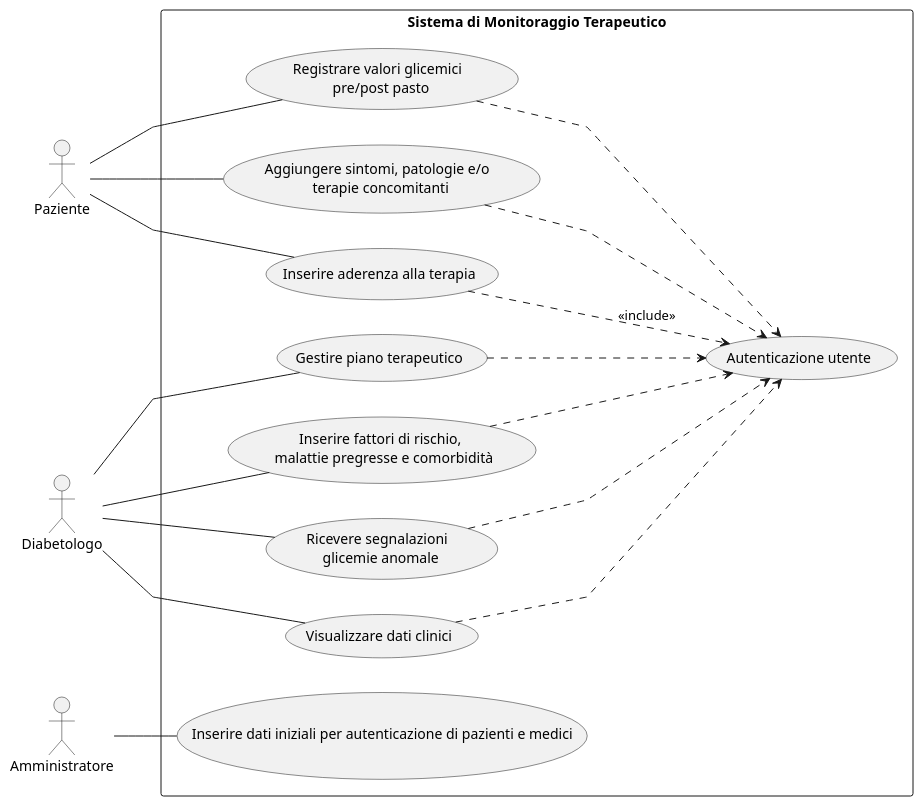
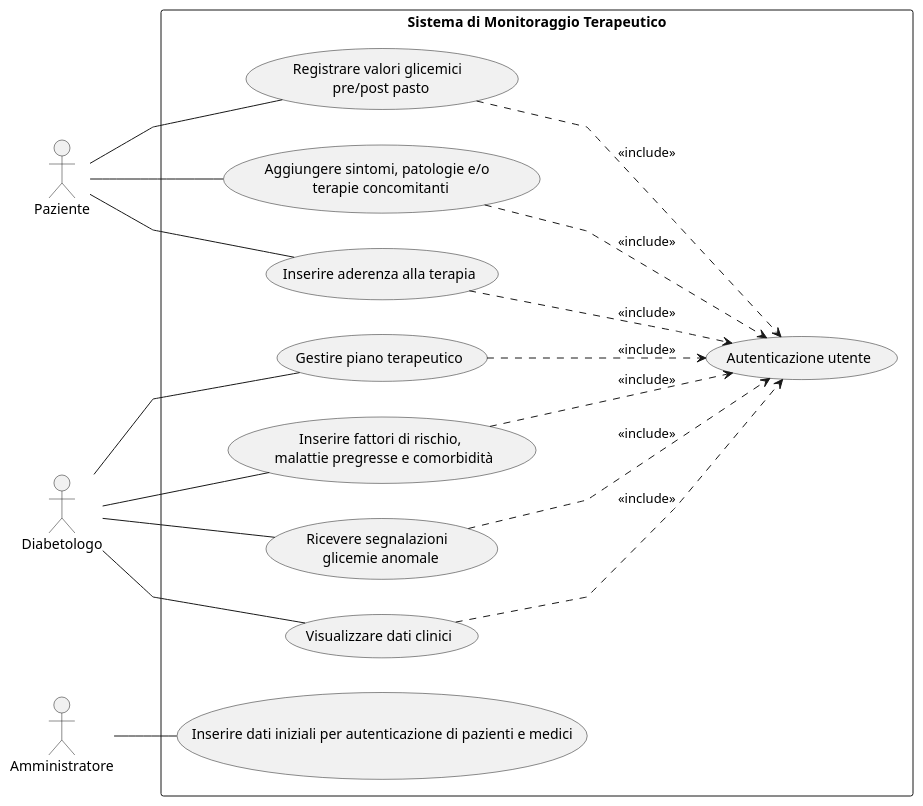
The diagram in diagrammi/usercase.puml (xMxrgan/Software-Engineering), drawn with PlantUML before and after one commit.

Commit message:
uml usercase

```diff
--- a/diagrammi/usercase.puml
+++ b/diagrammi/usercase.puml
@@ -1,33 +1,31 @@
 @startuml usercase
 skinparam linetype polyline
 left to right direction
 actor Paziente
 actor Diabetologo
 actor Amministratore
 
 rectangle "Sistema di Monitoraggio Terapeutico" {
 
 :Paziente: -- (Registrare valori glicemici \n pre/post pasto)
 :Paziente: -- (Aggiungere sintomi, patologie e/o \n terapie concomitanti)
 :Paziente: -- (Inserire aderenza alla terapia)
 
 :Diabetologo: -- (Gestire piano terapeutico)
 :Diabetologo: -- (Inserire fattori di rischio, \n malattie pregresse e comorbidità)
 :Diabetologo: -- (Ricevere segnalazioni \n glicemie anomale)
 :Diabetologo: -- (Visualizzare dati clinici)
 
 :Amministratore: -- (Inserire dati iniziali per autenticazione di pazienti e medici)
 
 (Inserire aderenza alla terapia) ..> (Autenticazione utente) : <<include>>
-(Aggiungere sintomi, patologie e/o \n terapie concomitanti) ..> (Autenticazione utente)
-(Registrare valori glicemici \n pre/post pasto) ..> (Autenticazione utente)
-(Gestire piano terapeutico) ..> (Autenticazione utente)
-(Ricevere segnalazioni \n glicemie anomale) ..> (Autenticazione utente)
-(Inserire fattori di rischio, \n malattie pregresse e comorbidità) ..> (Autenticazione utente)
-(Visualizzare dati clinici) ..> (Autenticazione utente)
-
-
+(Registrare valori glicemici \n pre/post pasto) ..> (Autenticazione utente) : <<include>>
+(Gestire piano terapeutico) ..> (Autenticazione utente) : <<include>>
+(Ricevere segnalazioni \n glicemie anomale) ..> (Autenticazione utente) : <<include>>
+(Inserire fattori di rischio, \n malattie pregresse e comorbidità) ..> (Autenticazione utente) : <<include>>
+(Visualizzare dati clinici) ..> (Autenticazione utente)  : <<include>>
+(Aggiungere sintomi, patologie e/o \n terapie concomitanti) ..> (Autenticazione utente) : <<include>>
 
 }
 
 @enduml
```
